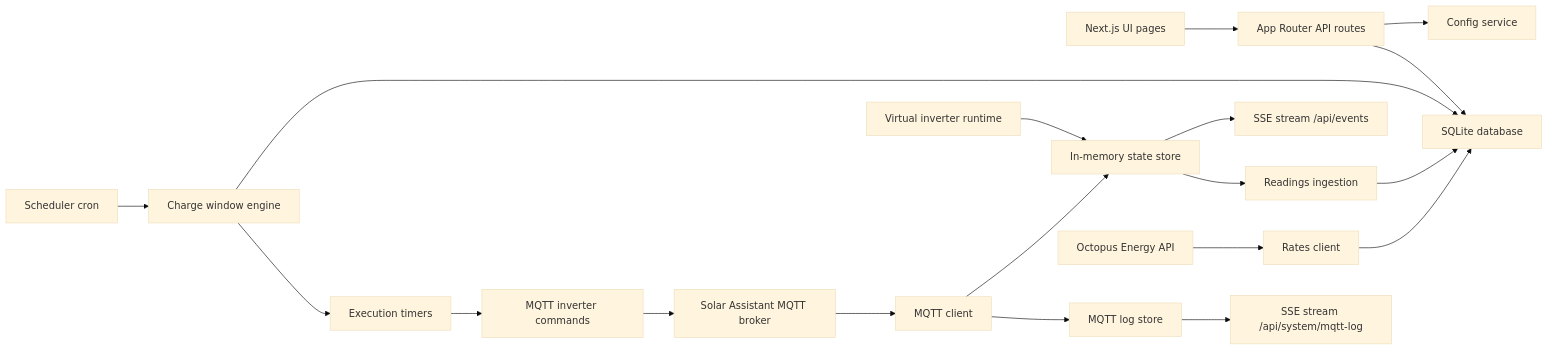
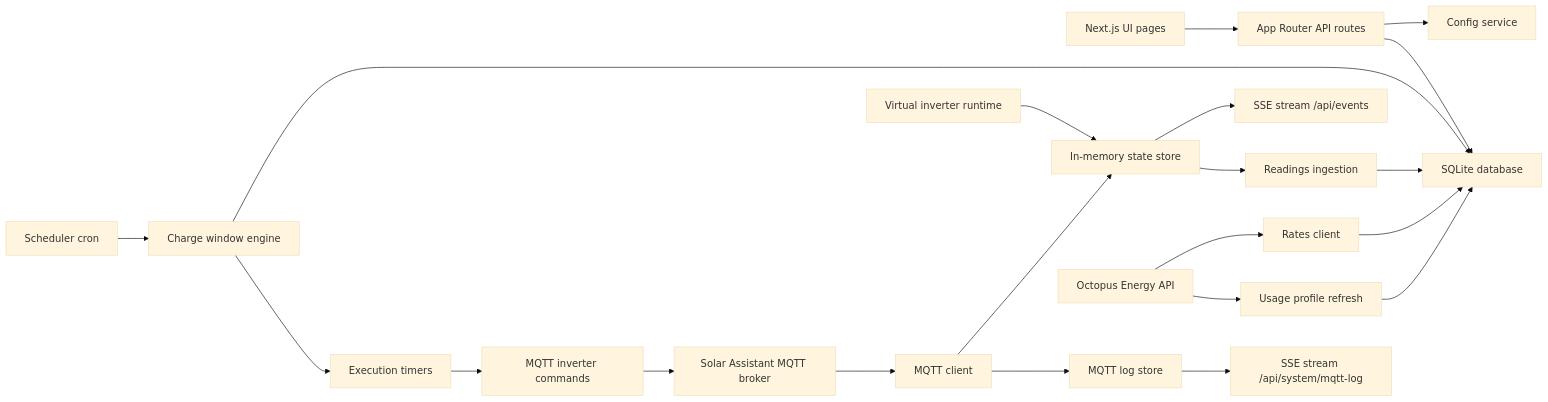
The diagram in docs/architecture.md (jjbrunton/SolarBuddy), drawn with Mermaid (base theme) before and after one commit. The commit also changed other lines of this file and 15 other files, not shown here.

Commit message:
Add Octopus-backed usage profile learning with telemetry fallback

````diff
--- a/docs/architecture.md
+++ b/docs/architecture.md
@@ -9,21 +9,23 @@
 ```mermaid
 flowchart LR
   UI["Next.js UI pages"] --> API["App Router API routes"]
   API --> CFG["Config service"]
   API --> DB["SQLite database"]
   MQTT["Solar Assistant MQTT broker"] --> MQ["MQTT client"]
   MQ --> STATE["In-memory state store"]
   VIRT["Virtual inverter runtime"] --> STATE
   MQ --> MLOG["MQTT log store"]
   STATE --> SSE["SSE stream /api/events"]
   MLOG --> MLOGSSE["SSE stream /api/system/mqtt-log"]
   STATE --> SNAP["Readings ingestion"]
   SNAP --> DB
   OCT["Octopus Energy API"] --> RATES["Rates client"]
   RATES --> DB
+  OCT --> USAGE["Usage profile refresh"]
+  USAGE --> DB
   CRON["Scheduler cron"] --> ENGINE["Charge window engine"]
   ENGINE --> DB
   ENGINE --> EXEC["Execution timers"]
   EXEC --> CMD["MQTT inverter commands"]
   CMD --> MQTT
 ```
````
